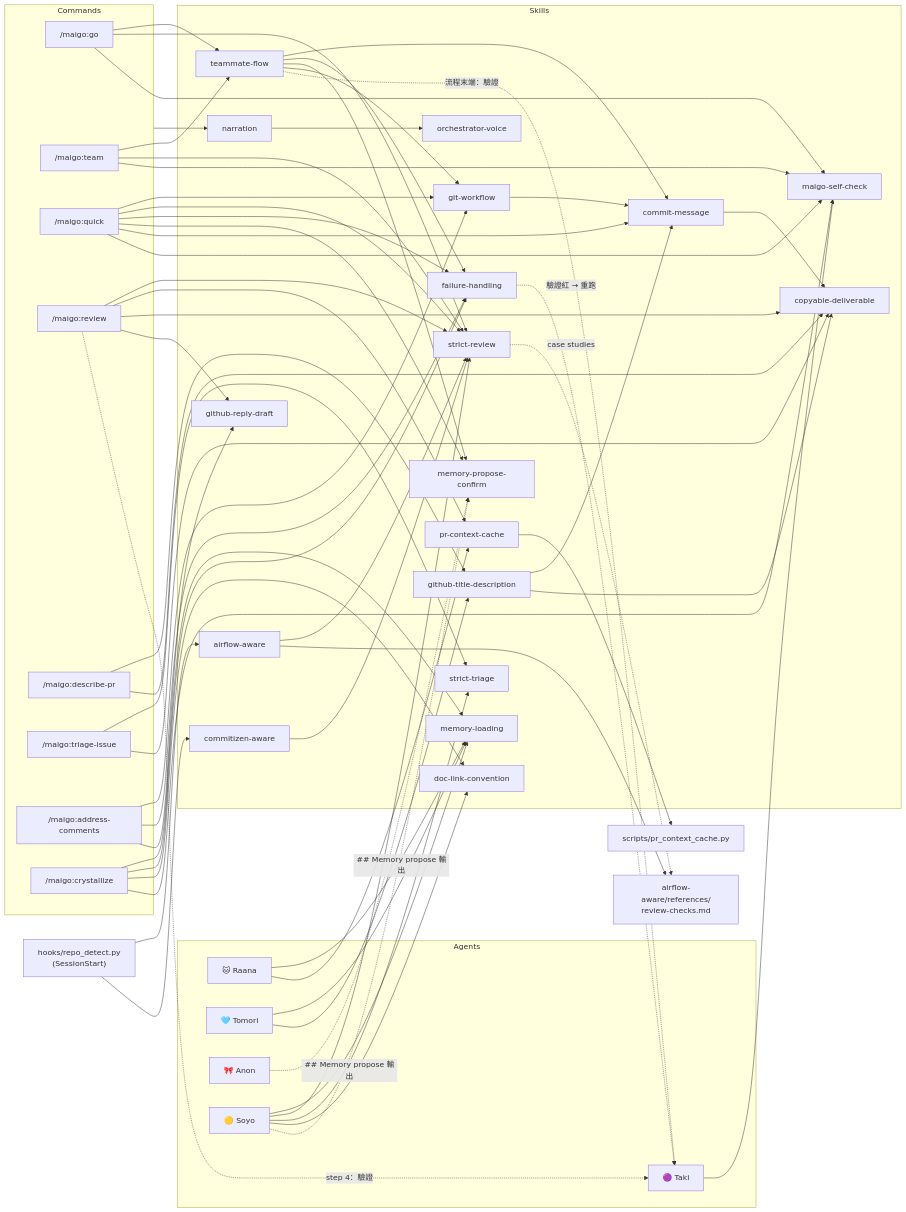
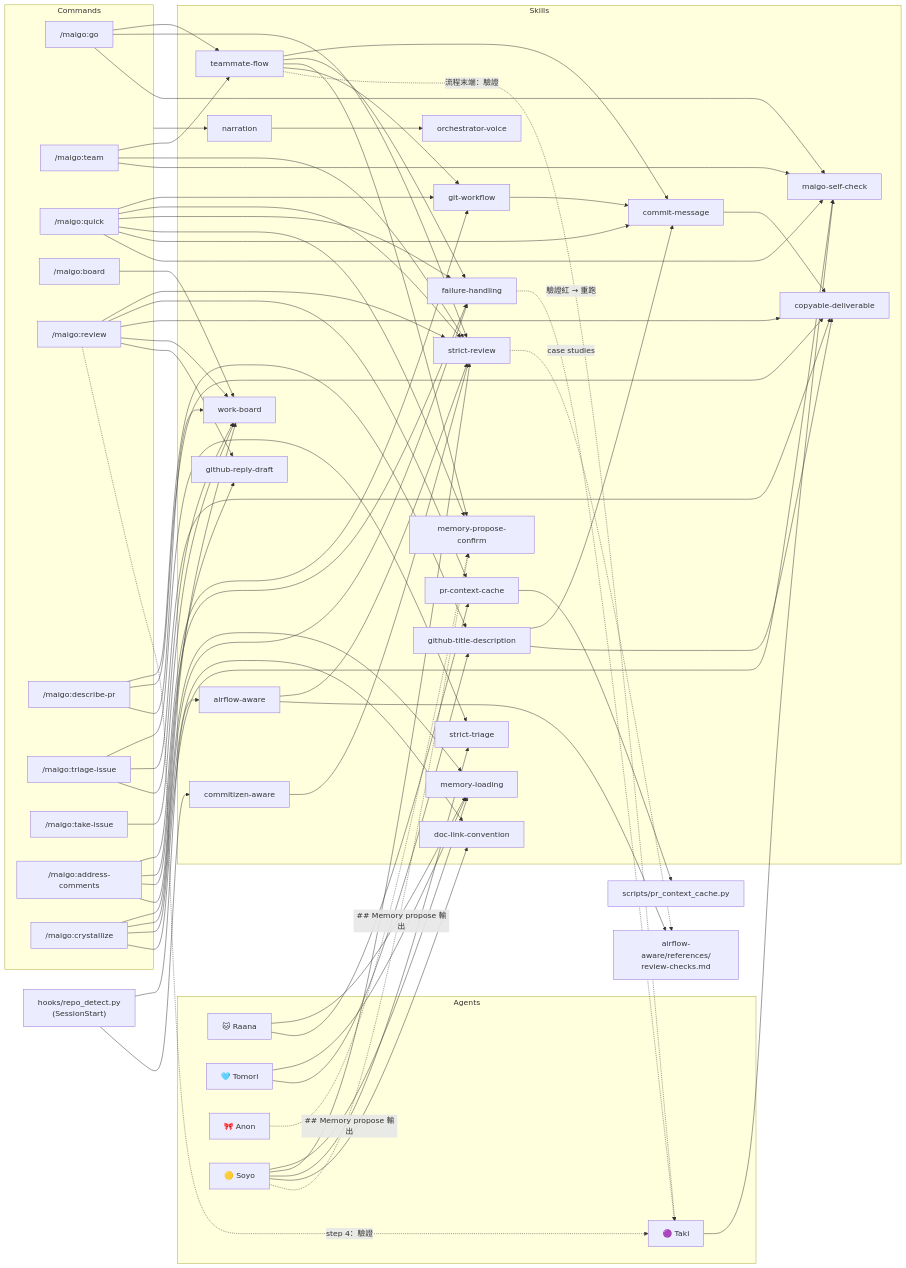
Before and after one commit to Lee-W/maigo: the diagram in docs/reference/skills.md, drawn with Mermaid. The commit also changed other lines of this file and 16 other files, not shown here.

Commit message:
feat: add work board command

```diff
--- a/docs/reference/skills.md
+++ b/docs/reference/skills.md
@@ -63,9 +64,11 @@
         go["/maigo:go"]
         team["/maigo:team"]
         quick["/maigo:quick"]
+        board["/maigo:board"]
         review["/maigo:review"]
         describe["/maigo:describe-pr"]
         triage["/maigo:triage-issue"]
+        take_issue["/maigo:take-issue"]
         address["/maigo:address-comments"]
         crystallize["/maigo:crystallize"]
     end
@@ -99,6 +102,7 @@
         maigo_self_check["maigo-self-check"]
         github_reply_draft["github-reply-draft"]
         git_workflow["git-workflow"]
+        work_board["work-board"]
     end
 
     airflow_refs["airflow-aware/references/<br/>review-checks.md"]
@@ -127,12 +131,18 @@
 
     review --> pr_cache
     review --> copyable
+    board --> work_board
+    review --> work_board
     describe --> gtd
     describe --> copyable
+    describe --> work_board
     triage --> strict_triage
     triage --> copyable
+    triage --> work_board
+    take_issue --> work_board
     address --> failure_handling
     address --> github_reply_draft
+    address --> work_board
     review --> github_reply_draft
     crystallize --> memory_loading
     crystallize --> failure_handling
```
